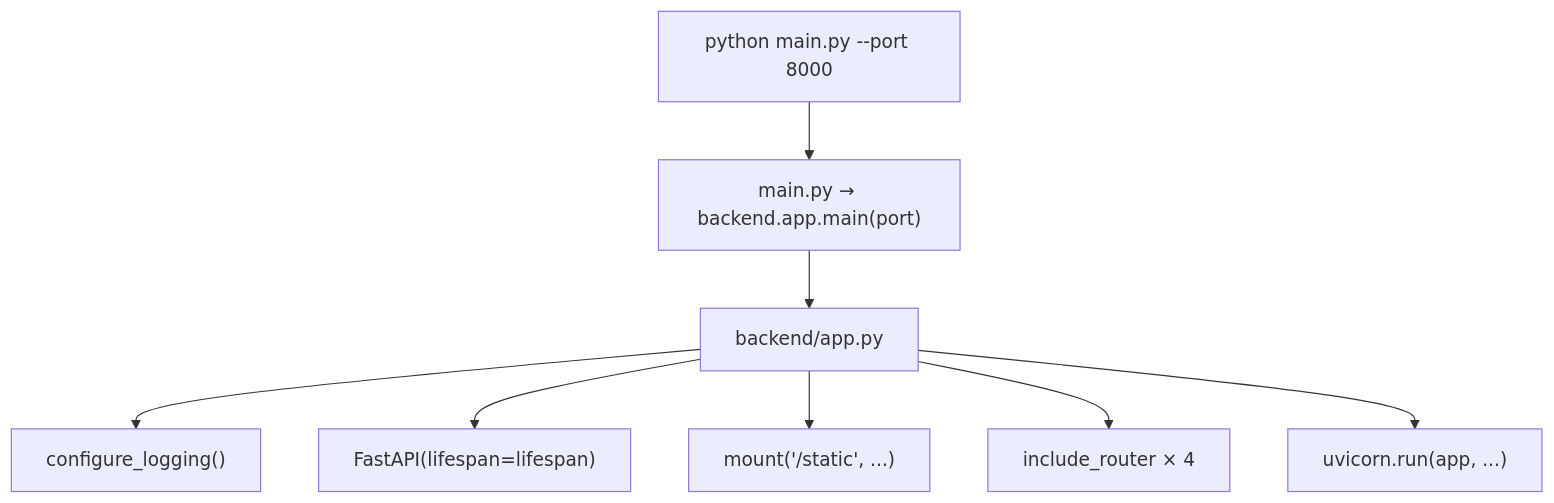
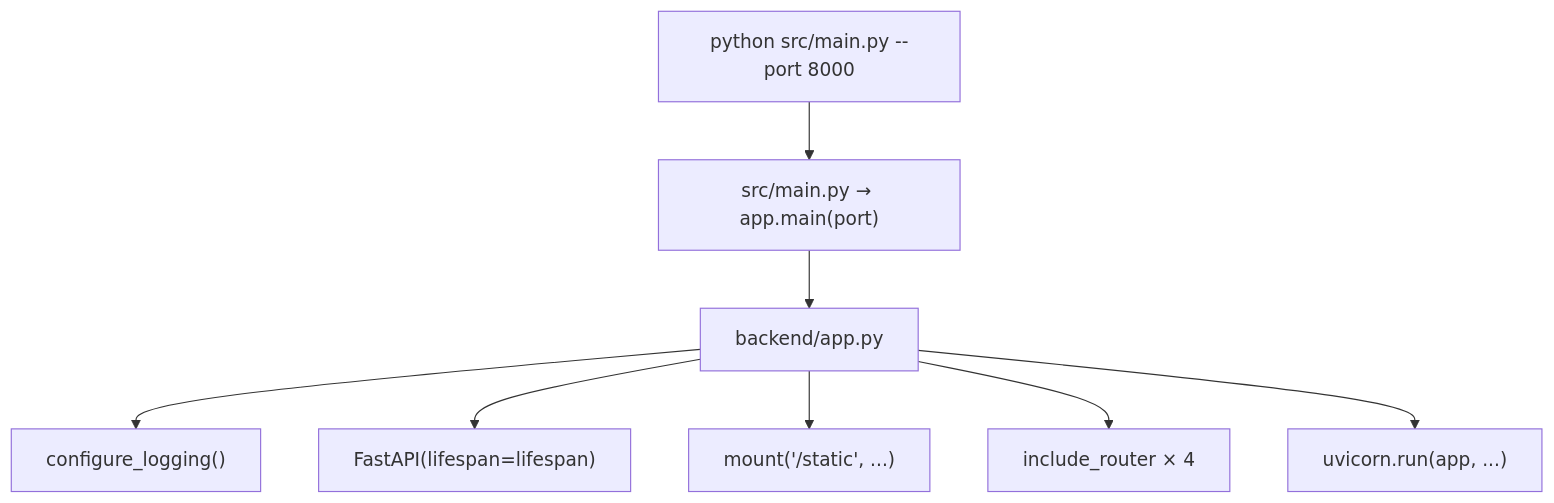
One commit to tuisemo/crawler-pipeline-builder changed the third of 16 diagrams in backend/docs/backend_tech_guide.md. Above: the diagram before and after it, drawn with Mermaid. The commit also changed 4 other files, not shown here.

First line of the commit message:
docs: update file paths and references to reflect src/main.py relocation

````diff
--- a/backend/docs/backend_tech_guide.md
+++ b/backend/docs/backend_tech_guide.md
@@ -199,10 +199,10 @@
 ```mermaid
 flowchart TD
-    CMD["python main.py --port 8000"] --> MAIN["main.py → backend.app.main(port)"]
+    CMD["python src/main.py --port 8000"] --> MAIN["src/main.py → app.main(port)"]
     MAIN --> APP["backend/app.py"]
     APP --> LOG["configure_logging()"]
     APP --> FAPI["FastAPI(lifespan=lifespan)"]
     APP --> MOUNT["mount('/static', ...)"]
     APP --> ROUTER["include_router × 4"]
     APP --> UVICORN["uvicorn.run(app, ...)"]
 ```
````
